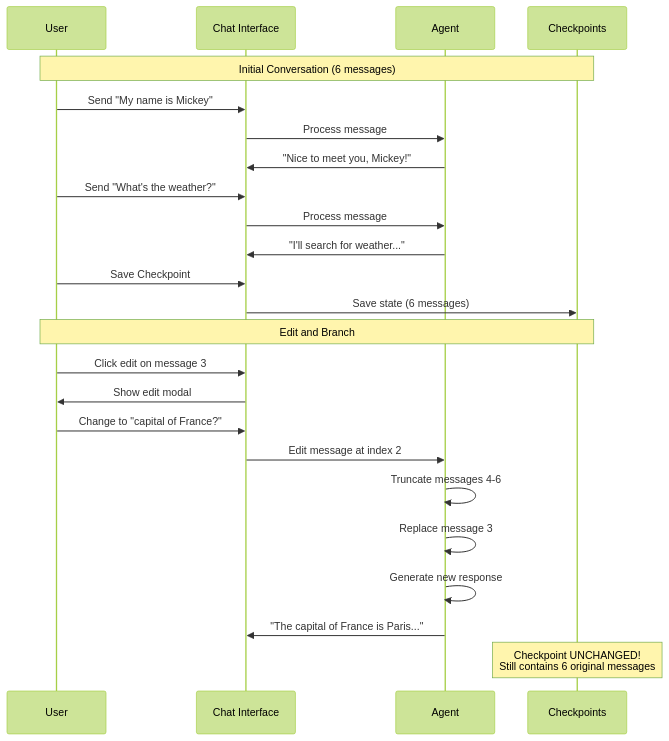
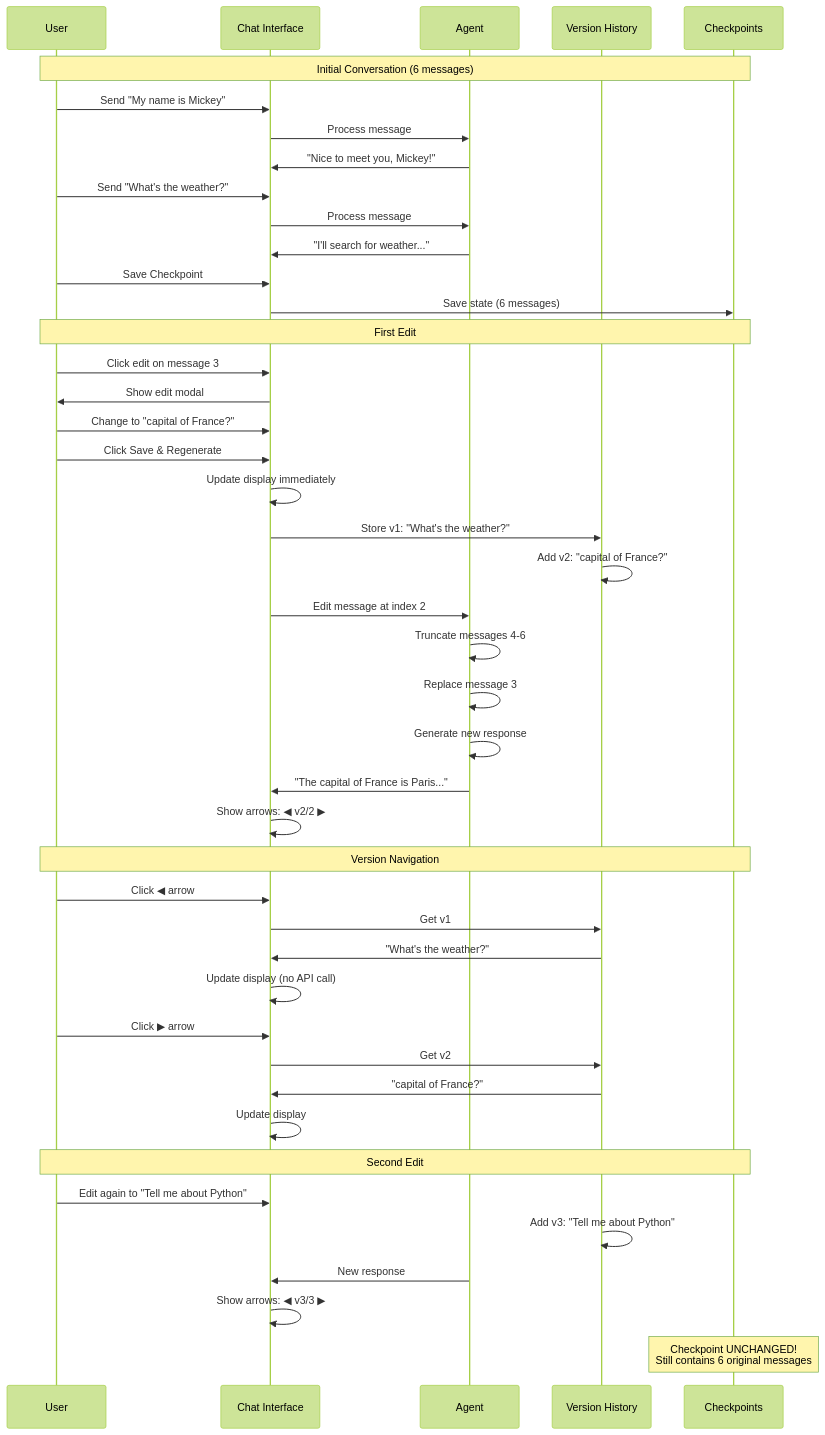
Before and after one commit to Panegyric0926/checkpoint: the second of 5 diagrams in docs/MESSAGE_EDITING.md, drawn with Mermaid (forest theme). The commit also changed other lines of this file and 3 other files, not shown here.

````diff
--- a/docs/MESSAGE_EDITING.md
+++ b/docs/MESSAGE_EDITING.md
@@ -76,29 +128,51 @@
 ```mermaid
 sequenceDiagram
     participant U as User
     participant UI as Chat Interface
     participant A as Agent
+    participant VH as Version History
     participant CP as Checkpoints
     
     Note over U,CP: Initial Conversation (6 messages)
     U->>UI: Send "My name is Mickey"
     UI->>A: Process message
     A->>UI: "Nice to meet you, Mickey!"
     U->>UI: Send "What's the weather?"
     UI->>A: Process message
     A->>UI: "I'll search for weather..."
     U->>UI: Save Checkpoint
     UI->>CP: Save state (6 messages)
     
-    Note over U,CP: Edit and Branch
+    Note over U,CP: First Edit
     U->>UI: Click edit on message 3
     UI->>U: Show edit modal
     U->>UI: Change to "capital of France?"
+    U->>UI: Click Save & Regenerate
+    UI->>UI: Update display immediately
+    UI->>VH: Store v1: "What's the weather?"
+    VH->>VH: Add v2: "capital of France?"
     UI->>A: Edit message at index 2
     A->>A: Truncate messages 4-6
     A->>A: Replace message 3
     A->>A: Generate new response
     A->>UI: "The capital of France is Paris..."
+    UI->>UI: Show arrows: ◀ v2/2 ▶
+    
+    Note over U,CP: Version Navigation
+    U->>UI: Click ◀ arrow
+    UI->>VH: Get v1
+    VH->>UI: "What's the weather?"
+    UI->>UI: Update display (no API call)
+    U->>UI: Click ▶ arrow
+    UI->>VH: Get v2
+    VH->>UI: "capital of France?"
+    UI->>UI: Update display
+    
+    Note over U,CP: Second Edit
+    U->>UI: Edit again to "Tell me about Python"
+    VH->>VH: Add v3: "Tell me about Python"
+    A->>UI: New response
+    UI->>UI: Show arrows: ◀ v3/3 ▶
     
     Note over CP: Checkpoint UNCHANGED!<br/>Still contains 6 original messages
 ```
````
